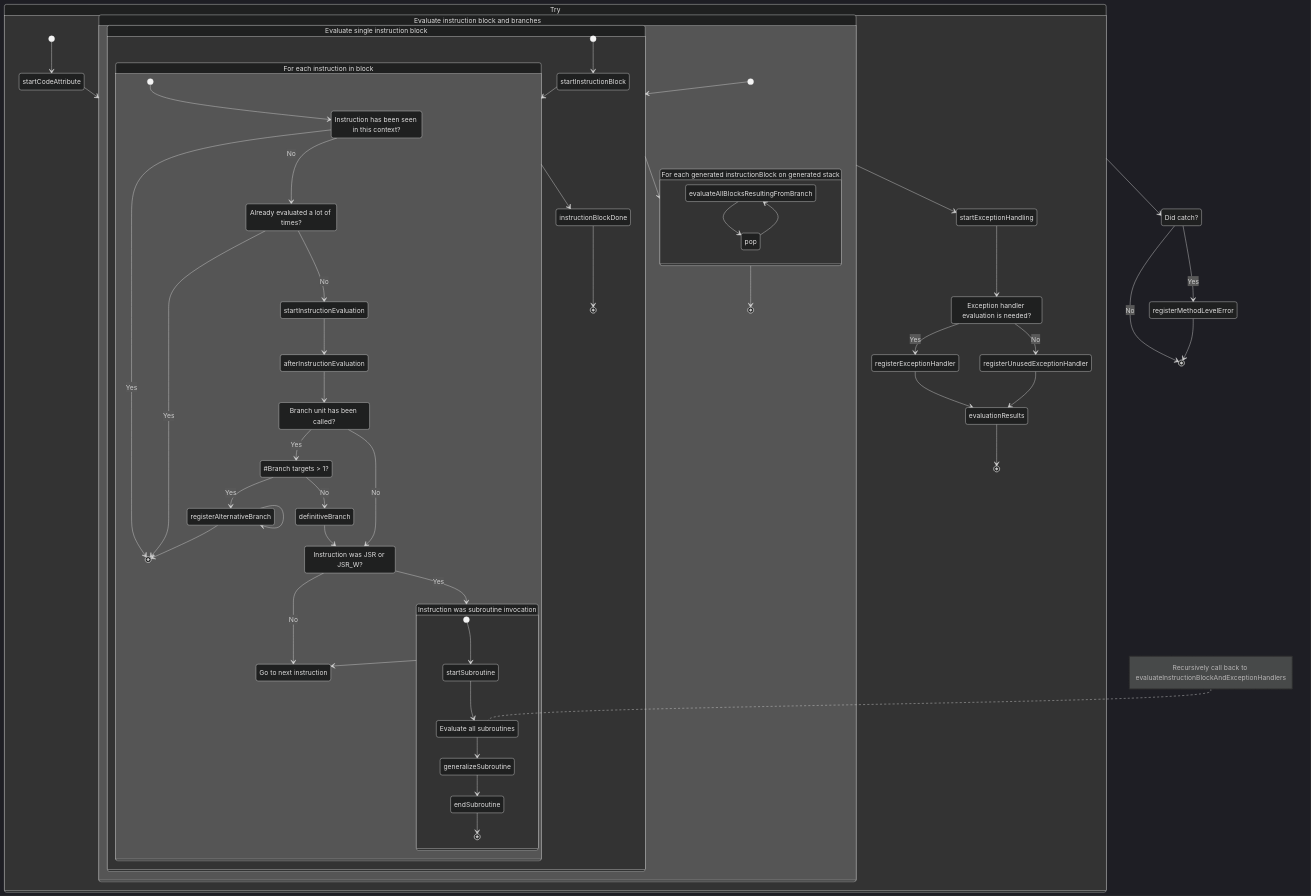
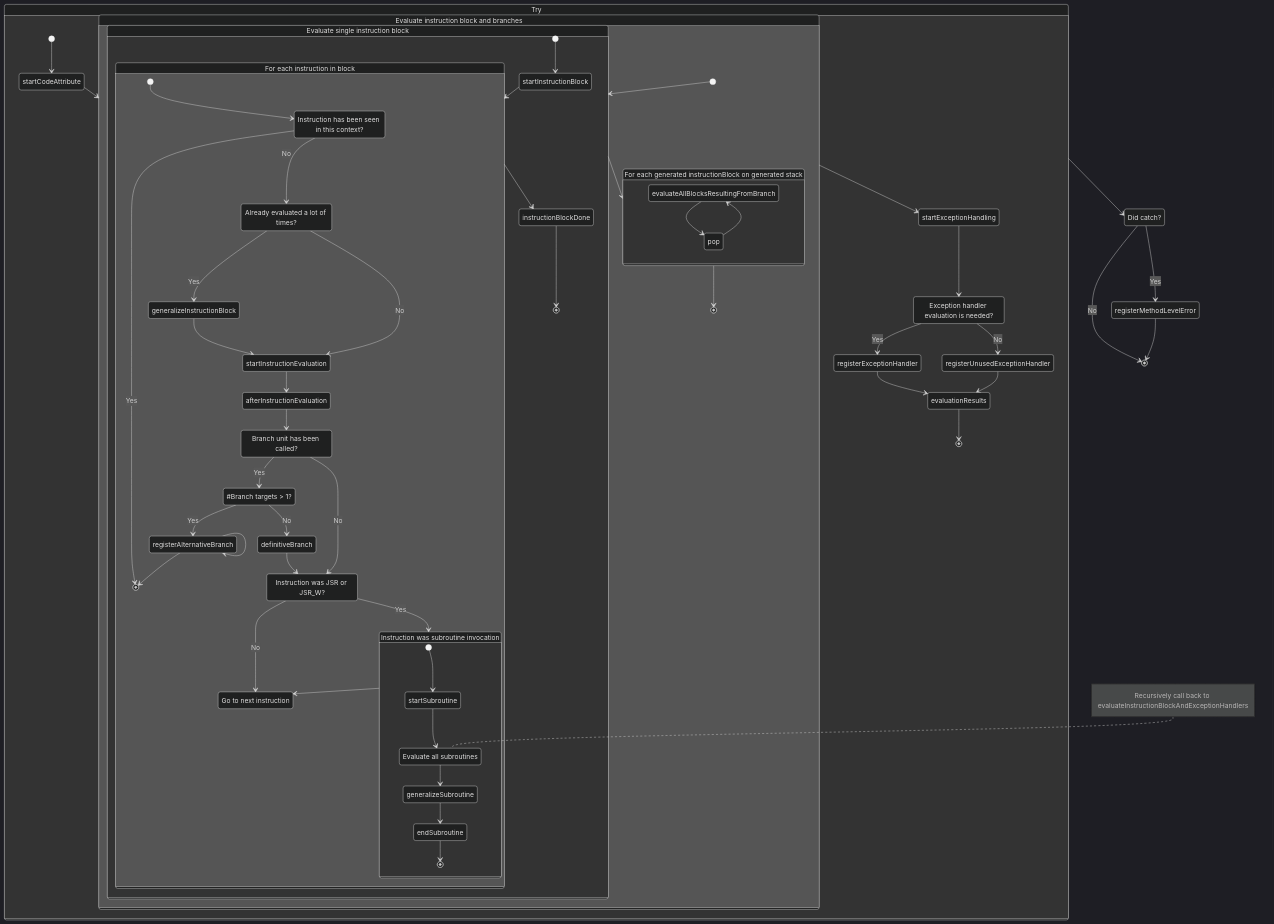
Before and after one commit to Guardsquare/proguard-core: the diagram in docs/md/partialevaluator.md, drawn with Mermaid (dark theme). The commit also changed 1 other file, not shown here.

Commit message:
fix state diagram

````diff
--- a/docs/md/partialevaluator.md
+++ b/docs/md/partialevaluator.md
@@ -517,77 +517,78 @@
 ```mermaid
 %% [Mermaid Diagramming and charting tool](https://mermaid.js.org/)
 stateDiagram-v2
     L0: Try
     state L0 {
         L1: Evaluate instruction block and branches
         [*] --> startCodeAttribute
         startCodeAttribute --> L1
         state L1 {
             L2: Evaluate single instruction block
             [*] --> L2
             state L2 {
                 L3: For each instruction in block
                 [*] --> startInstructionBlock
                 startInstructionBlock --> L3
                 state L3 {
                     BR1: Instruction has been seen in this context?
                     [*] --> BR1
                     BR1 --> [*] : Yes
                     BR2: Already evaluated a lot of times?
                     BR1 --> BR2: No
+                    BR2 --> generalizeInstructionBlock: Yes
+                    generalizeInstructionBlock --> startInstructionEvaluation
                     BR2 --> startInstructionEvaluation: No
-                    BR2 --> [*]: Yes
                     startInstructionEvaluation --> afterInstructionEvaluation
                     BR3: Branch unit has been called?
                     afterInstructionEvaluation --> BR3
                     BR3 --> BR5 : Yes
                     BR5: #Branch targets > 1?
                     BR5 --> definitiveBranch: No
                     BR5 --> registerAlternativeBranch: Yes
                     registerAlternativeBranch --> registerAlternativeBranch
                     registerAlternativeBranch --> [*]
                     definitiveBranch --> BR6
                     BR6: Instruction was JSR or JSR_W?
                     BR3 --> BR6 : No
                     Repeat: Go to next instruction
                     BR6 --> Repeat: No
                     L5: Instruction was subroutine invocation
                     BR6 --> L5: Yes
                     state L5 {
                         [*] --> startSubroutine
                         recursion1: Evaluate all subroutines
                         startSubroutine --> recursion1
                         note left of recursion1: Recursively call back to evaluateInstructionBlockAndExceptionHandlers
                         recursion1 --> generalizeSubroutine
                         generalizeSubroutine --> endSubroutine
                         endSubroutine --> [*]
                     }
                     L5 --> Repeat
 
                 }
                 L3 --> instructionBlockDone
                 instructionBlockDone --> [*]
             }
             L6: For each generated instructionBlock on generated stack
             L2 --> L6
             state L6 {
                 evaluateAllBlocksResultingFromBranch --> pop
                 pop --> evaluateAllBlocksResultingFromBranch
             }
             L6 --> [*]
         }
         L1 --> startExceptionHandling
         BR7: Exception handler evaluation is needed?
         startExceptionHandling --> BR7
         BR7 --> registerExceptionHandler: Yes
         BR7 --> registerUnusedExceptionHandler: No
         registerExceptionHandler --> evaluationResults
         registerUnusedExceptionHandler --> evaluationResults
         evaluationResults --> [*]
     }
     catch: Did catch?
     L0 --> catch
     catch -->  [*]: No
     catch --> registerMethodLevelError: Yes
     registerMethodLevelError --> [*]
 ```
````
